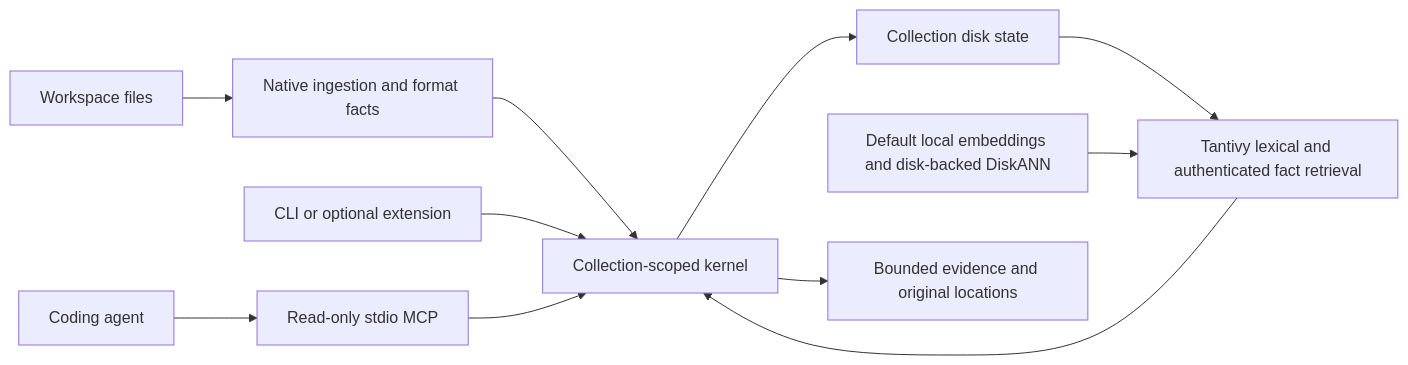
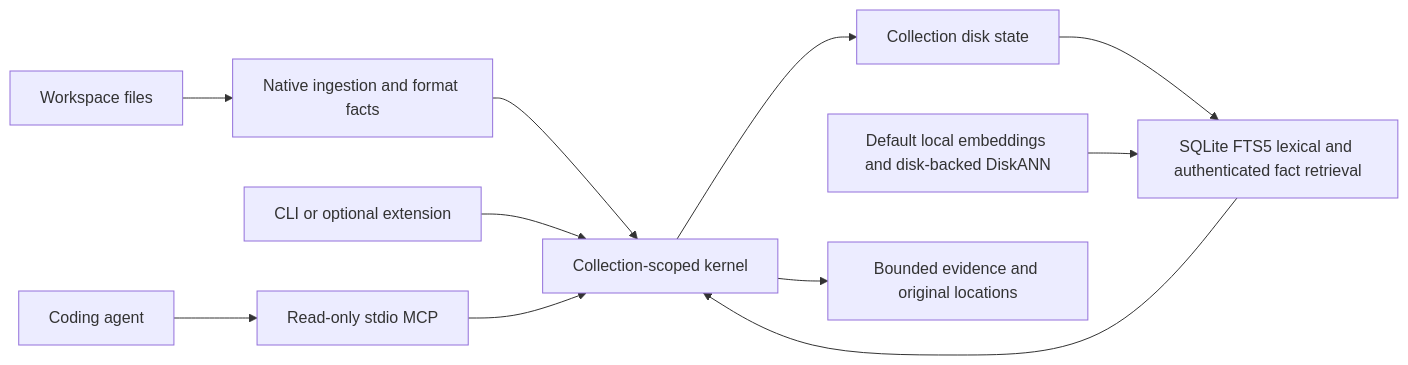
One commit to iokaio/airk changed the diagram in docs/architecture.md. Above: the diagram before and after it, drawn with Mermaid. The commit also changed other lines of this file and 167 other files, not shown here.

```diff
--- a/docs/architecture.md
+++ b/docs/architecture.md
@@ -7,13 +7,13 @@
 ~~~mermaid
 flowchart LR
   W[Workspace files] --> I[Native ingestion and format facts]
   I --> K[Collection-scoped kernel]
   K --> S[Collection disk state]
-  S --> R[Tantivy lexical and authenticated fact retrieval]
+  S --> R[SQLite FTS5 lexical and authenticated fact retrieval]
   V[Default local embeddings and disk-backed DiskANN] --> R
   C[CLI or optional extension] --> K
   A[Coding agent] --> M[Read-only stdio MCP]
   M --> K
   R --> K
   K --> E[Bounded evidence and original locations]
 ~~~
```
